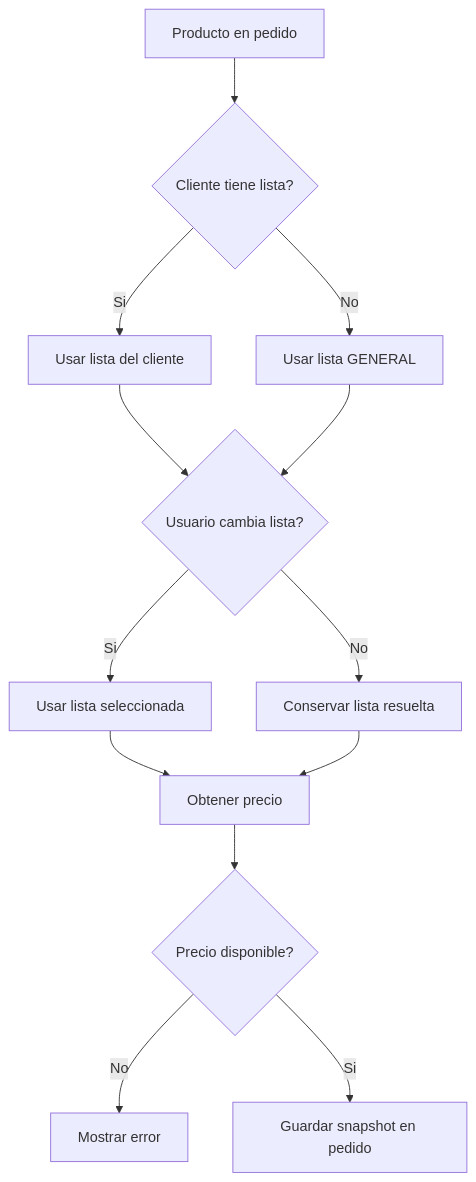
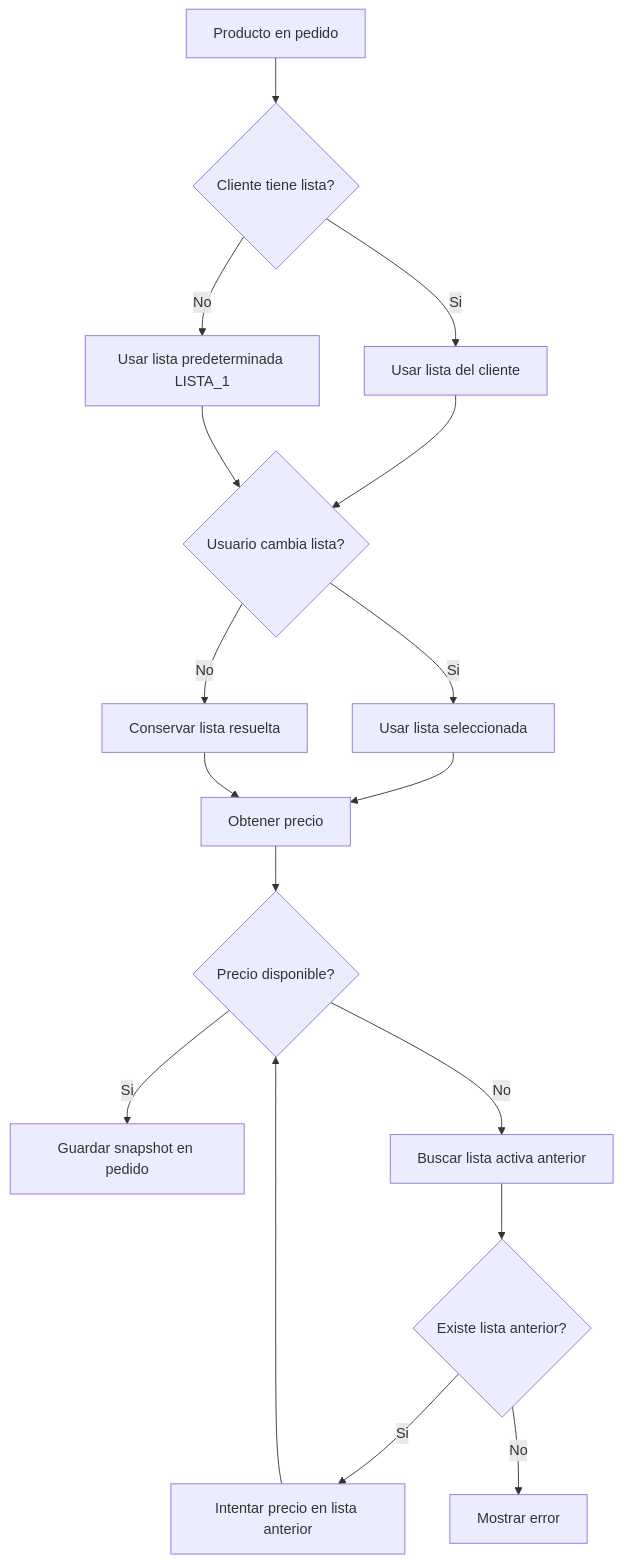
The diagram in docs/diagrams/catalog/flow-price-resolution.md (Martinrc93/distribuidoraCore), drawn with Mermaid before and after one commit. The commit also changed other lines of this file and 149 other files, not shown here.

````diff
--- a/docs/diagrams/catalog/flow-price-resolution.md
+++ b/docs/diagrams/catalog/flow-price-resolution.md
@@ -3,15 +5,19 @@
 ```mermaid
 flowchart TD
     A[Producto en pedido] --> B{Cliente tiene lista?}
     B -->|Si| C[Usar lista del cliente]
-    B -->|No| D[Usar lista GENERAL]
+    B -->|No| D[Usar lista predeterminada LISTA_1]
     C --> E{Usuario cambia lista?}
     D --> E
     E -->|Si| F[Usar lista seleccionada]
     E -->|No| G[Conservar lista resuelta]
     F --> H[Obtener precio]
     G --> H
     H --> I{Precio disponible?}
-    I -->|No| J[Mostrar error]
-    I -->|Si| K[Guardar snapshot en pedido]
+    I -->|Si| J[Guardar snapshot en pedido]
+    I -->|No| K[Buscar lista activa anterior]
+    K --> L{Existe lista anterior?}
+    L -->|Si| M[Intentar precio en lista anterior]
+    M --> I
+    L -->|No| N[Mostrar error]
 ```
````
